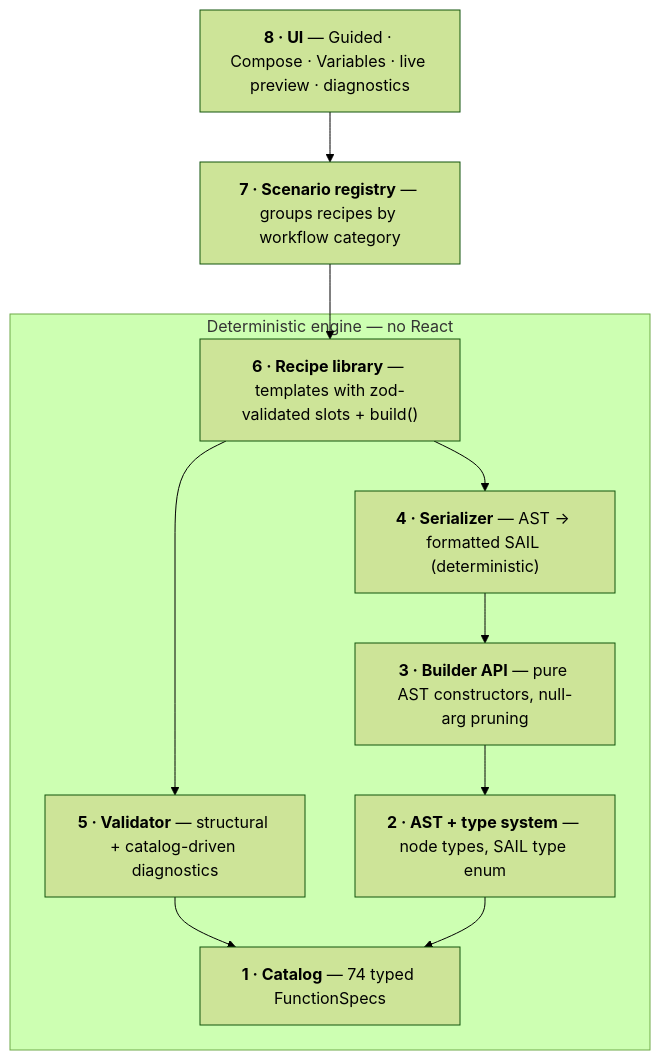
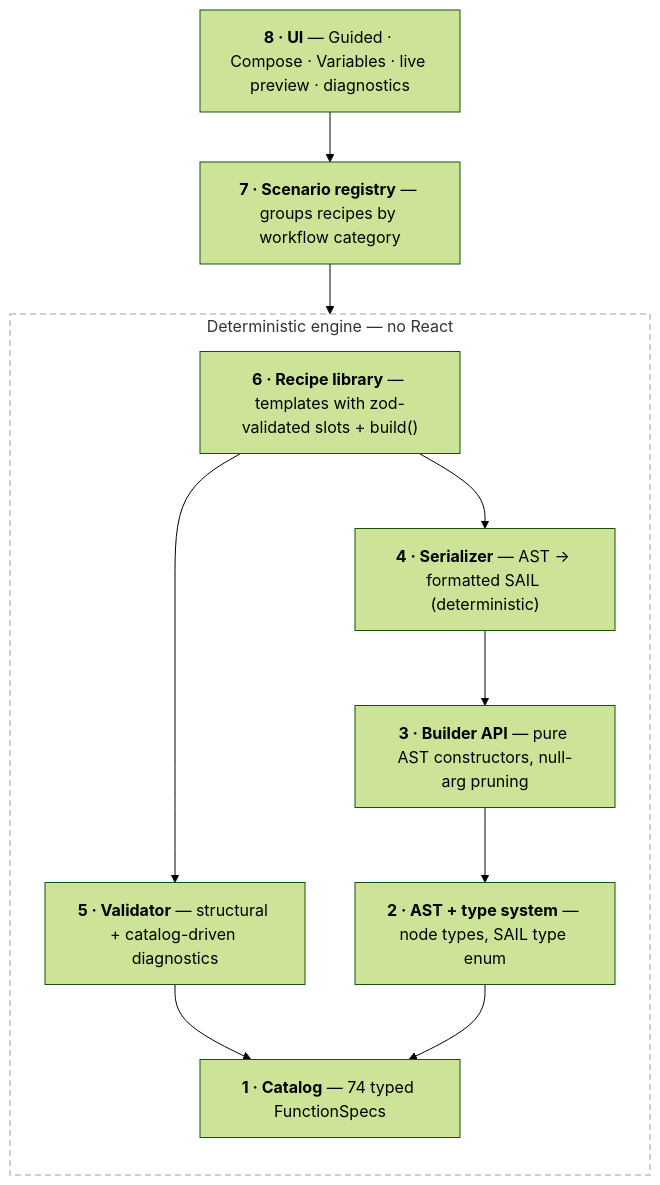
The diagram in README.md (creativeskyai/SAIL-Formula-Generator), drawn with Mermaid (forest theme) before and after one commit. The commit also changed other lines of this file, not shown here.

Commit message:
README refresh: tour + shortcut in features, release download, cleaner diagram (#18)
- Features: first-run tour / ? Help button and the Ctrl+Enter copy
  shortcut; accessibility bullet now reflects the verified state (focus
  indicators incl. editors, token-level AA contrast, reduced motion).
- Quickstart: point at the prebuilt release bundle as the no-build path.
- Diagram: the engine subgraph no longer draws a filled background box -
  transparent fill with a dashed theme-neutral border; engine-internal
  edges declared inside the subgraph for a tighter layout.

````diff
--- a/README.md
+++ b/README.md
@@ -45,27 +46,25 @@
 ```mermaid
 flowchart TD
     UI["<b>8 · UI</b> — Guided · Compose · Variables · live preview · diagnostics"]
     REG["<b>7 · Scenario registry</b> — groups recipes by workflow category"]
-    REC["<b>6 · Recipe library</b> — templates with zod-validated slots + build()"]
-    VAL["<b>5 · Validator</b> — structural + catalog-driven diagnostics"]
-    SER["<b>4 · Serializer</b> — AST → formatted SAIL (deterministic)"]
-    BLD["<b>3 · Builder API</b> — pure AST constructors, null-arg pruning"]
-    AST["<b>2 · AST + type system</b> — node types, SAIL type enum"]
-    CAT["<b>1 · Catalog</b> — 74 typed FunctionSpecs"]
+
+    subgraph engine ["&nbsp;Deterministic engine — no React&nbsp;"]
+        direction TB
+        REC["<b>6 · Recipe library</b> — templates with zod-validated slots + build()"]
+        VAL["<b>5 · Validator</b> — structural + catalog-driven diagnostics"]
+        SER["<b>4 · Serializer</b> — AST → formatted SAIL (deterministic)"]
+        BLD["<b>3 · Builder API</b> — pure AST constructors, null-arg pruning"]
+        AST["<b>2 · AST + type system</b> — node types, SAIL type enum"]
+        CAT["<b>1 · Catalog</b> — 74 typed FunctionSpecs"]
+
+        REC --> SER
+        REC --> VAL
+        SER --> BLD --> AST
+        VAL --> CAT
+        AST --> CAT
+    end
 
     UI --> REG --> REC
-    REC --> SER
-    REC --> VAL
-    SER --> BLD --> AST
-    VAL --> CAT
-    AST --> CAT
 
-    subgraph engine ["Deterministic engine — no React"]
-        REC
-        VAL
-        SER
-        BLD
-        AST
-        CAT
-    end
+    style engine fill:transparent,stroke:#8888,stroke-width:1.5px,stroke-dasharray:6 4
 ```
````
